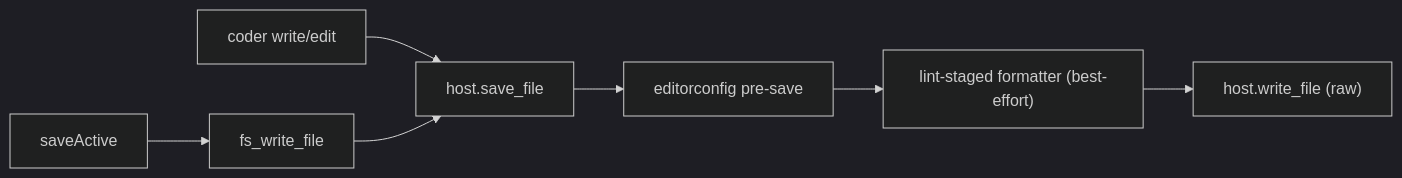
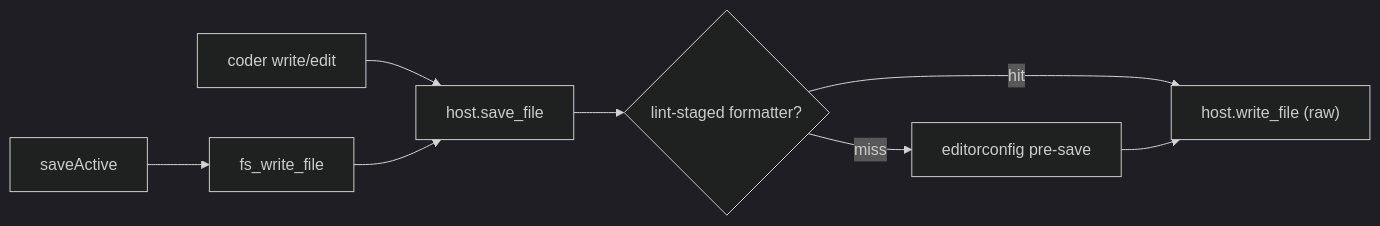
The diagram in specs/decisions/0012-format-on-save.md (huggingface/moon-ide), drawn with Mermaid (dark theme) before and after one commit. The commit also changed other lines of this file and 9 other files, not shown here.

````diff
--- a/specs/decisions/0012-format-on-save.md
+++ b/specs/decisions/0012-format-on-save.md
@@ -84,9 +84,10 @@
 ```mermaid
 flowchart LR
     saveActive[saveActive] --> fs_write_file[fs_write_file]
     coderTool[coder write/edit] --> save_file
     fs_write_file --> save_file["host.save_file"]
-    save_file --> editorconfig[editorconfig pre-save]
-    editorconfig --> formatter["lint-staged formatter (best-effort)"]
-    formatter --> write_file["host.write_file (raw)"]
+    save_file --> formatter{"lint-staged formatter?"}
+    formatter -- hit --> write["host.write_file (raw)"]
+    formatter -- miss --> editorconfig[editorconfig pre-save]
+    editorconfig --> write
 ```
````
